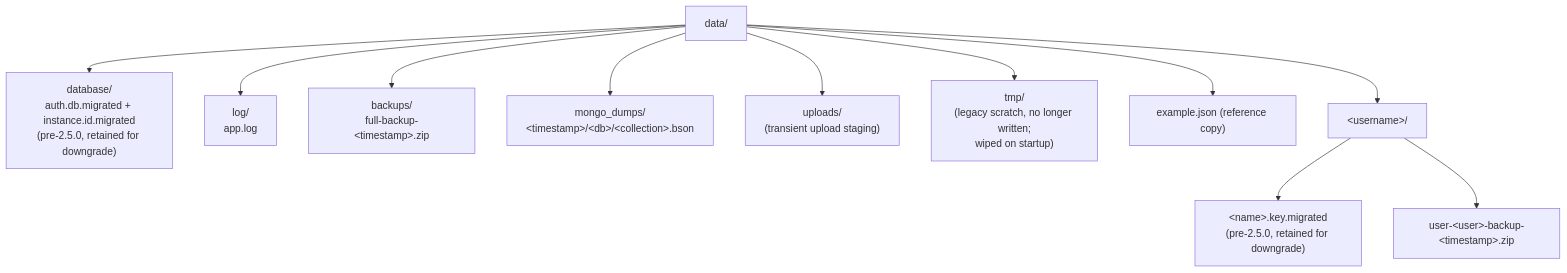
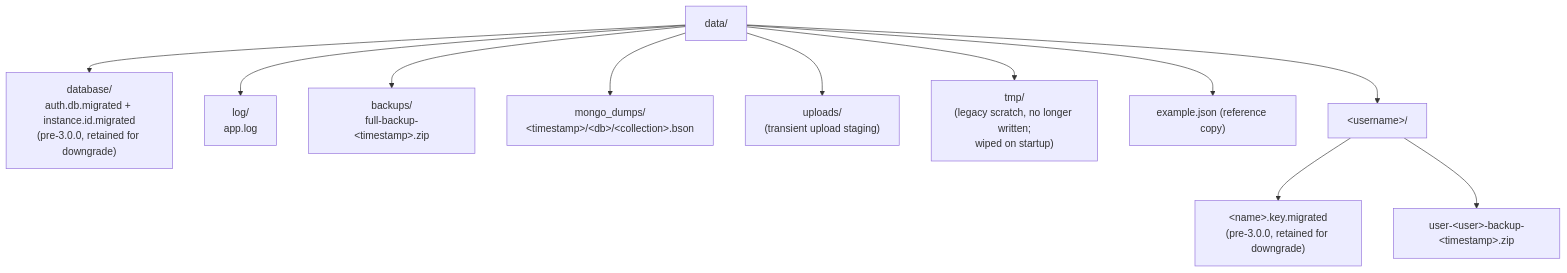
Before and after one commit to ibehren1/fw-gui: the seventh of 10 diagrams in docs/data-architecture.md, drawn with Mermaid. The commit also changed other lines of this file and 27 other files, not shown here.

````diff
--- a/docs/data-architecture.md
+++ b/docs/data-architecture.md
@@ -524,14 +524,14 @@
 ```mermaid
 flowchart TD
     data["data/"]
-    data --> db["database/<br/>auth.db.migrated + instance.id.migrated<br/>(pre-2.5.0, retained for downgrade)"]
+    data --> db["database/<br/>auth.db.migrated + instance.id.migrated<br/>(pre-3.0.0, retained for downgrade)"]
     data --> log["log/<br/>app.log"]
     data --> backups["backups/<br/>full-backup-&lt;timestamp&gt;.zip"]
     data --> dumps["mongo_dumps/<br/>&lt;timestamp&gt;/&lt;db&gt;/&lt;collection&gt;.bson"]
     data --> uploads["uploads/<br/>(transient upload staging)"]
     data --> tmp["tmp/<br/>(legacy scratch, no longer written;<br/>wiped on startup)"]
     data --> ex["example.json (reference copy)"]
     data --> userdir["&lt;username&gt;/"]
-    userdir --> keys["&lt;name&gt;.key.migrated<br/>(pre-2.5.0, retained for downgrade)"]
+    userdir --> keys["&lt;name&gt;.key.migrated<br/>(pre-3.0.0, retained for downgrade)"]
     userdir --> ubk["user-&lt;user&gt;-backup-&lt;timestamp&gt;.zip"]
 ```
````
